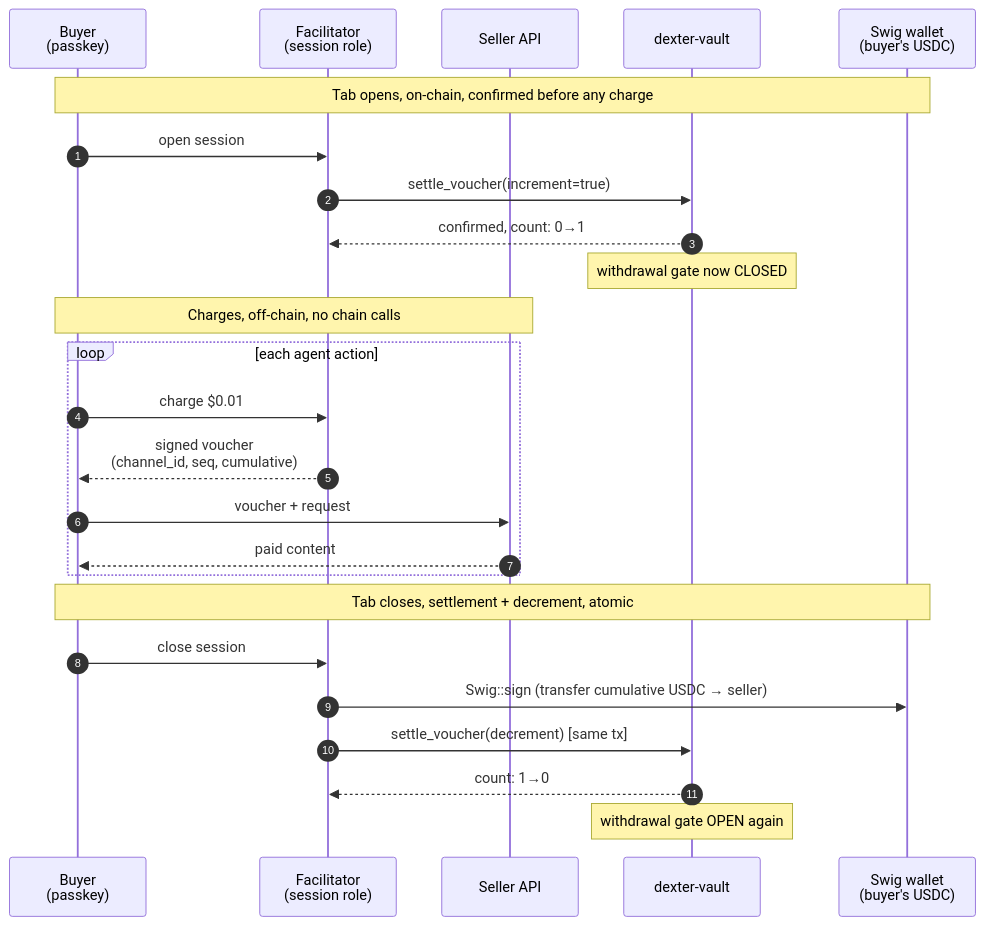
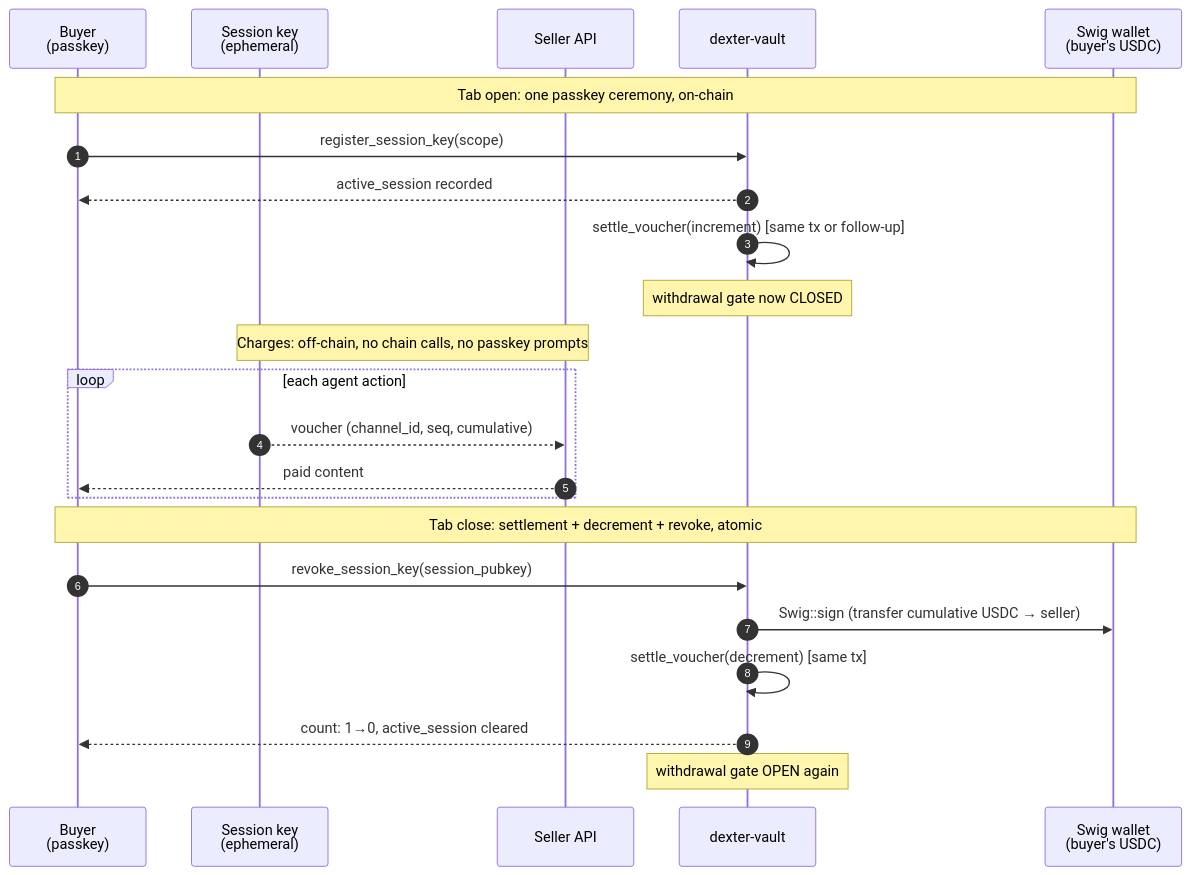
The first of 2 diagrams in README.md (Dexter-DAO/dexter-vault), drawn with Mermaid before and after one commit. The commit also changed other lines of this file, not shown here.

````diff
--- a/README.md
+++ b/README.md
@@ -104,30 +147,28 @@
 ```mermaid
 sequenceDiagram
     autonumber
     participant Buyer as Buyer<br/>(passkey)
-    participant Facilitator as Facilitator<br/>(session role)
+    participant Session as Session key<br/>(ephemeral)
     participant Seller as Seller API
     participant Vault as dexter-vault
     participant Swig as Swig wallet<br/>(buyer's USDC)
 
-    Note over Buyer,Swig: Tab opens, on-chain, confirmed before any charge
-    Buyer->>Facilitator: open session
-    Facilitator->>Vault: settle_voucher(increment=true)
-    Vault-->>Facilitator: confirmed, count: 0→1
+    Note over Buyer,Swig: Tab open: one passkey ceremony, on-chain
+    Buyer->>Vault: register_session_key(scope)
+    Vault-->>Buyer: active_session recorded
+    Vault->>Vault: settle_voucher(increment) [same tx or follow-up]
     Note over Vault: withdrawal gate now CLOSED
 
-    Note over Buyer,Seller: Charges, off-chain, no chain calls
+    Note over Session,Seller: Charges: off-chain, no chain calls, no passkey prompts
     loop each agent action
-        Buyer->>Facilitator: charge $0.01
-        Facilitator-->>Buyer: signed voucher<br/>(channel_id, seq, cumulative)
-        Buyer->>Seller: voucher + request
+        Session-->>Seller: voucher (channel_id, seq, cumulative)
         Seller-->>Buyer: paid content
     end
 
-    Note over Buyer,Swig: Tab closes, settlement + decrement, atomic
-    Buyer->>Facilitator: close session
-    Facilitator->>Swig: Swig::sign (transfer cumulative USDC → seller)
-    Facilitator->>Vault: settle_voucher(decrement) [same tx]
-    Vault-->>Facilitator: count: 1→0
+    Note over Buyer,Swig: Tab close: settlement + decrement + revoke, atomic
+    Buyer->>Vault: revoke_session_key(session_pubkey)
+    Vault->>Swig: Swig::sign (transfer cumulative USDC → seller)
+    Vault->>Vault: settle_voucher(decrement) [same tx]
+    Vault-->>Buyer: count: 1→0, active_session cleared
     Note over Vault: withdrawal gate OPEN again
 ```
````
